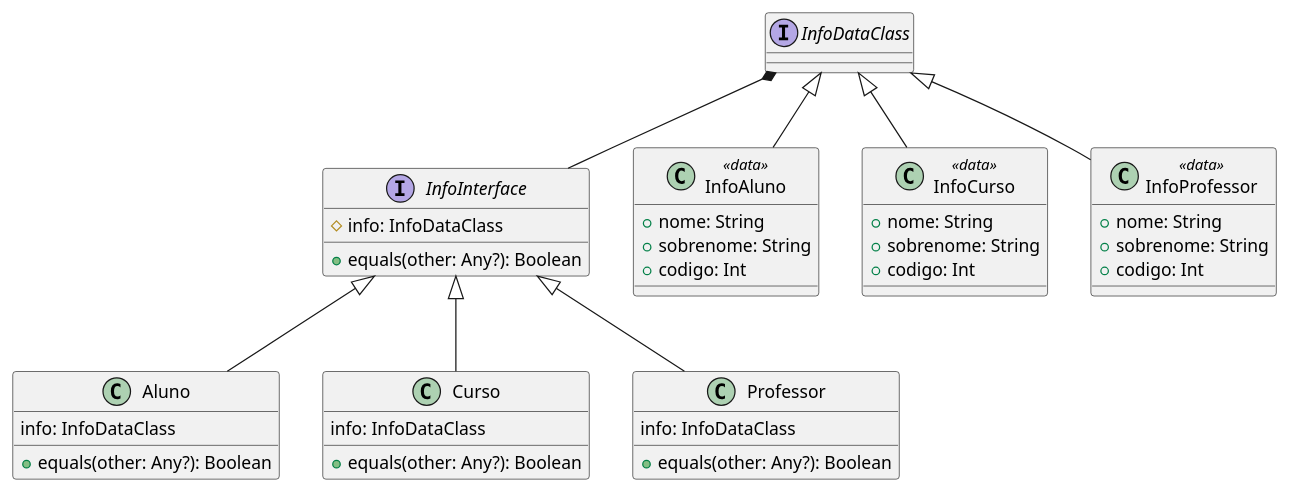
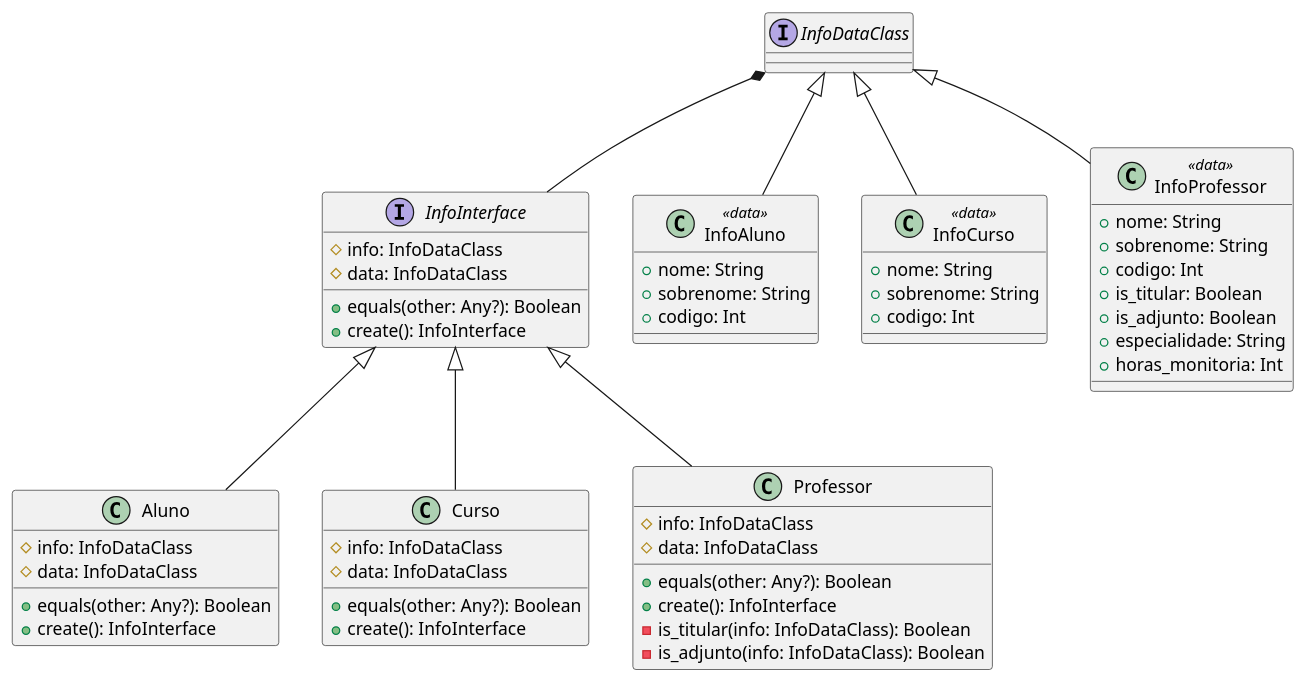
The diagram in docs/class.plantuml (giovani-dev/Sistema-Escolar), drawn with PlantUML before and after one commit.

Commit message:
Feat: refatoracao do uml

```diff
--- a/docs/class.plantuml
+++ b/docs/class.plantuml
@@ -1,64 +1,78 @@
 @startuml
 
 
 interface InfoDataClass
 
 
 interface InfoInterface {
     # info: InfoDataClass
+    # data: InfoDataClass
 
     + equals(other: Any?): Boolean
+    + create(): InfoInterface
 }
 
 InfoDataClass *-- InfoInterface
 
 class InfoAluno <<data>> {
     + nome: String
     + sobrenome: String
     + codigo: Int
 }
 
 InfoDataClass <|-- InfoAluno
 
 class Aluno {
-    info: InfoDataClass
+    # info: InfoDataClass
+    # data: InfoDataClass
 
     + equals(other: Any?): Boolean
+    + create(): InfoInterface
 }
 
 InfoInterface <|-- Aluno
 
 class InfoCurso <<data>> {
     + nome: String
     + sobrenome: String
     + codigo: Int
 }
 
 InfoDataClass <|-- InfoCurso
 
 class Curso {
-    info: InfoDataClass
+    # info: InfoDataClass
+    # data: InfoDataClass
 
     + equals(other: Any?): Boolean
+    + create(): InfoInterface
 }
 
 InfoInterface <|-- Curso
 
 
 class InfoProfessor <<data>> {
     + nome: String
     + sobrenome: String
     + codigo: Int
+    + is_titular: Boolean
+    + is_adjunto: Boolean
+    + especialidade: String
+    + horas_monitoria: Int
 }
 
 InfoDataClass <|-- InfoProfessor
 
 class Professor {
-    info: InfoDataClass
+    # info: InfoDataClass
+    # data: InfoDataClass
 
     + equals(other: Any?): Boolean
+    + create(): InfoInterface
+    - is_titular(info: InfoDataClass): Boolean
+    - is_adjunto(info: InfoDataClass): Boolean
 }
 
 InfoInterface <|-- Professor
 
 @enduml
```
